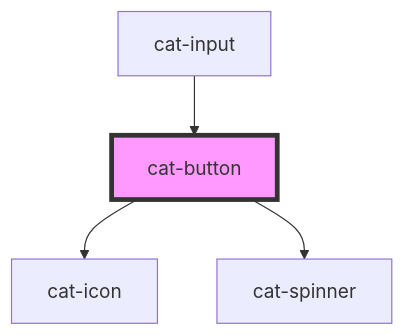
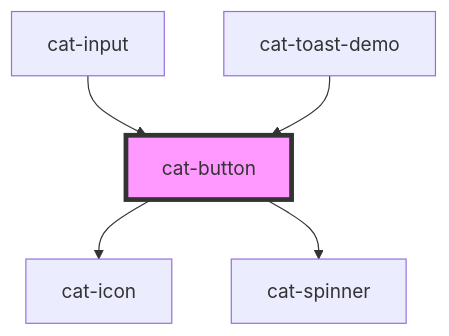
The diagram in core/src/components/cat-button/readme.md (haiilo/catalyst), drawn with Mermaid before and after one commit. The commit also changed other lines of this file and 10 other files, not shown here.

````diff
--- a/core/src/components/cat-button/readme.md
+++ b/core/src/components/cat-button/readme.md
@@ -74,7 +75,8 @@
 ```mermaid
 graph TD;
   cat-button --> cat-icon
   cat-button --> cat-spinner
   cat-input --> cat-button
+  cat-toast-demo --> cat-button
   style cat-button fill:#f9f,stroke:#333,stroke-width:4px
 ```
````
